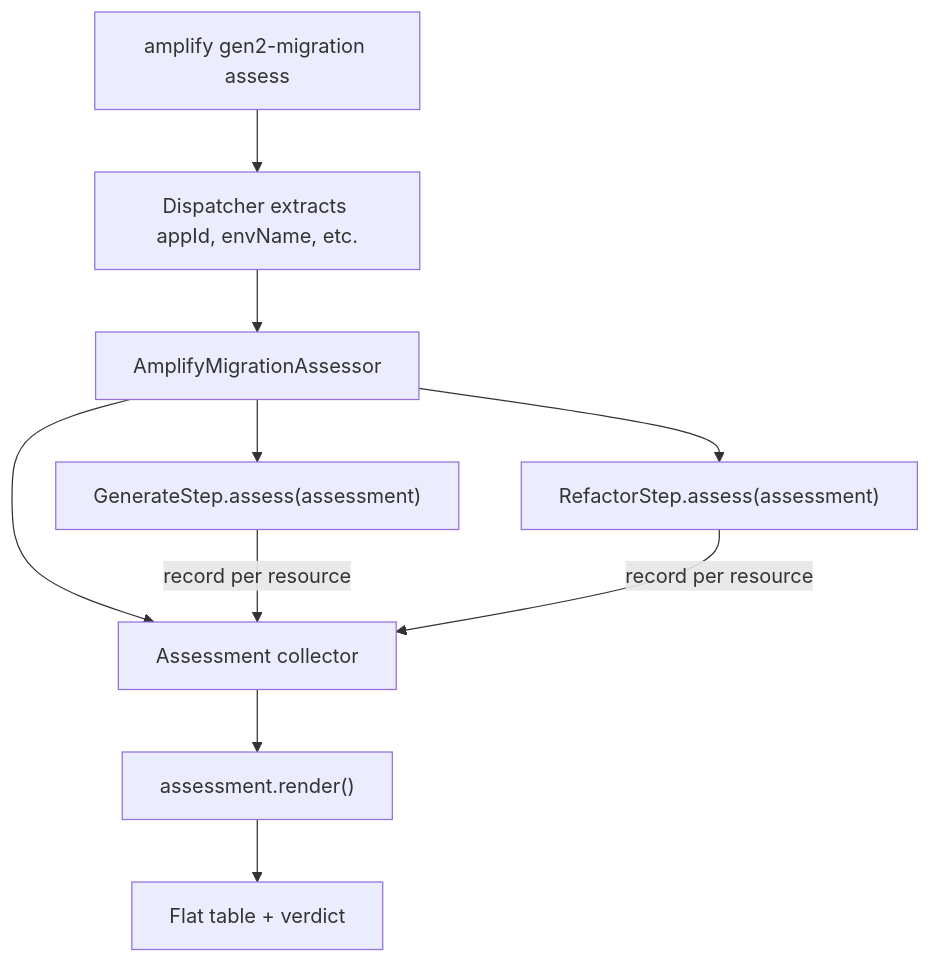
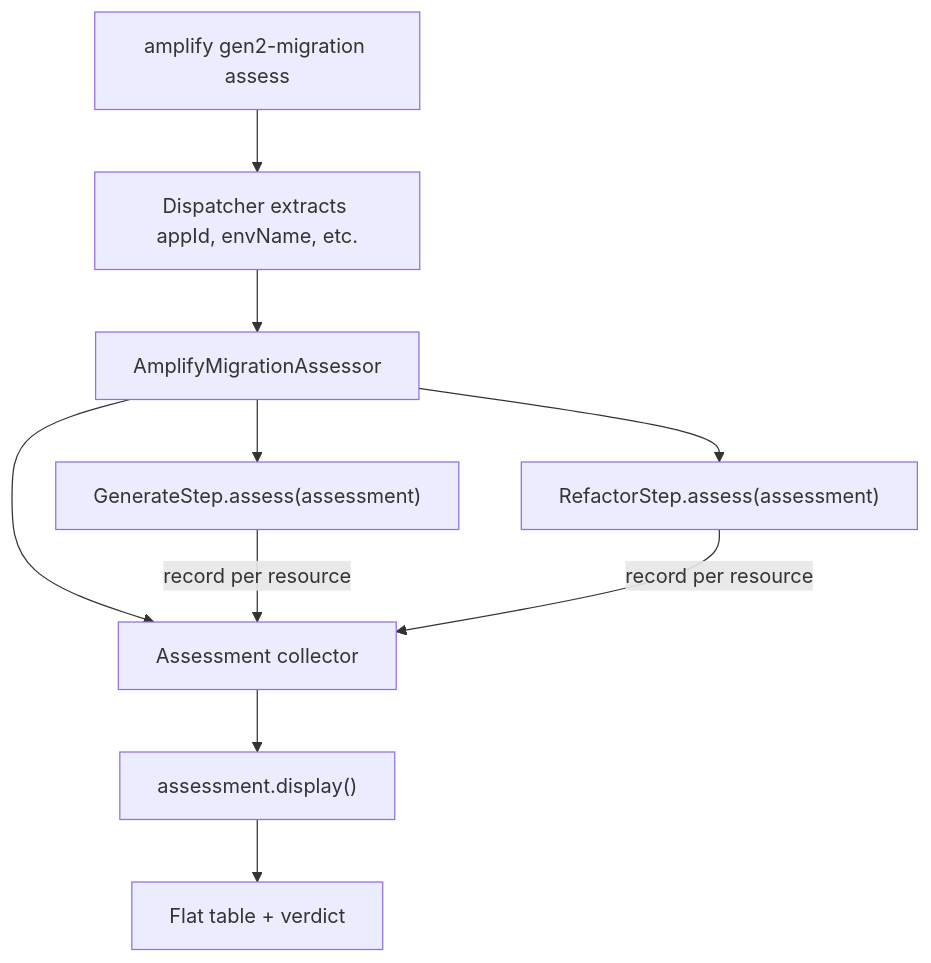
Before and after one commit to aws-amplify/amplify-cli: the diagram in docs/packages/amplify-cli/src/commands/gen2-migration/assess.md, drawn with Mermaid. The commit also changed other lines of this file and 6 other files, not shown here.

First line of the commit message:
test(cli-internal): add unit tests for refactor, generate, and assessment display

````diff
--- a/docs/packages/amplify-cli/src/commands/gen2-migration/assess.md
+++ b/docs/packages/amplify-cli/src/commands/gen2-migration/assess.md
@@ -19,12 +19,12 @@
 ```mermaid
 flowchart TD
     CLI["amplify gen2-migration assess"] --> DISPATCH["Dispatcher extracts appId, envName, etc."]
     DISPATCH --> ASSESSOR["AmplifyMigrationAssessor"]
     ASSESSOR --> ASSESSMENT["Assessment collector"]
     ASSESSOR --> GEN["GenerateStep.assess(assessment)"]
     ASSESSOR --> REF["RefactorStep.assess(assessment)"]
     GEN -->|"record per resource"| ASSESSMENT
     REF -->|"record per resource"| ASSESSMENT
-    ASSESSMENT --> RENDER["assessment.render()"]
-    RENDER --> TABLE["Flat table + verdict"]
+    ASSESSMENT --> DISPLAY["assessment.display()"]
+    DISPLAY --> TABLE["Flat table + verdict"]
 ```
````
